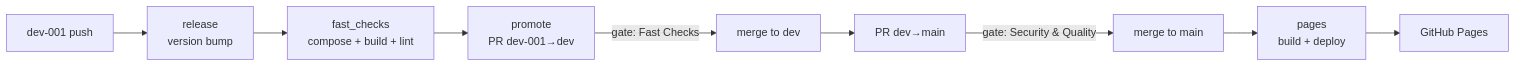
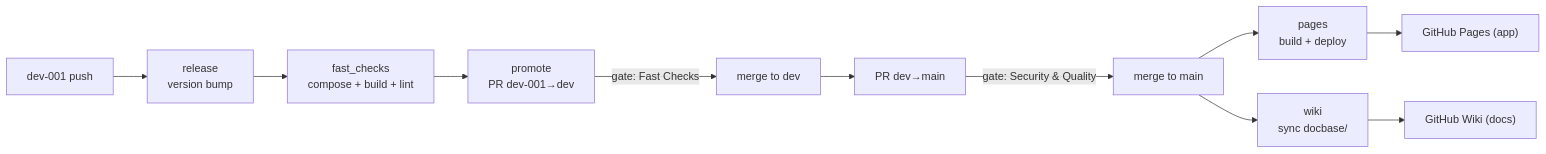
Before and after one commit to Mcc-Mak/opencode-workflow-demo: the third of 4 diagrams in docbase/docs/Architecture.md, drawn with Mermaid. The commit also changed other lines of this file and 29 other files, not shown here.

First line of the commit message:
feat: deploy codebase to Pages, docbase to Wiki (0.4.0)

````diff
--- a/docbase/docs/Architecture.md
+++ b/docbase/docs/Architecture.md
@@ -80,11 +77,13 @@
 ```mermaid
 flowchart LR
   A["dev-001 push"] --> B["release\nversion bump"]
   B --> C["fast_checks\ncompose + build + lint"]
   C --> D["promote\nPR dev-001→dev"]
   D -->|gate: Fast Checks| E["merge to dev"]
   E --> F["PR dev→main"]
   F -->|gate: Security & Quality| G["merge to main"]
   G --> H["pages\nbuild + deploy"]
-  H --> I["GitHub Pages"]
+  G --> W["wiki\nsync docbase/"]
+  H --> I["GitHub Pages (app)"]
+  W --> J["GitHub Wiki (docs)"]
 ```
````
